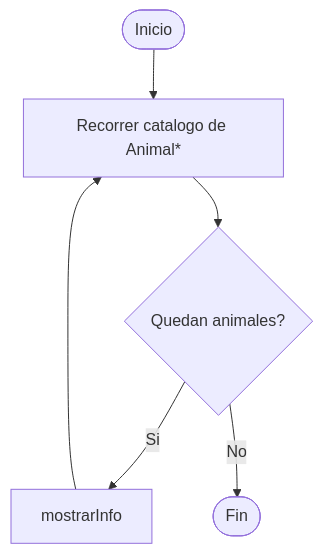
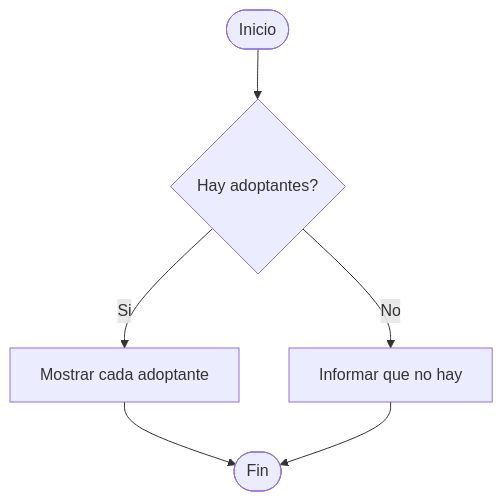
Diagram 13 of 15 in docs/diagramas.md (santiristorto/Proyecto-POO), drawn with Mermaid before and after one commit. The commit also changed other lines of this file and 13 other files, not shown here.

````diff
--- a/docs/diagramas.md
+++ b/docs/diagramas.md
@@ -158,8 +225,8 @@
 ```mermaid
 flowchart TD
-    A([Inicio]) --> B[Recorrer catalogo de Animal*]
-    B --> C{Quedan animales?}
-    C -->|Si| D[mostrarInfo]
-    D --> B
-    C -->|No| E([Fin])
+    A([Inicio]) --> B{Hay adoptantes?}
+    B -->|No| C[Informar que no hay]
+    B -->|Si| D[Mostrar cada adoptante]
+    D --> E([Fin])
+    C --> E
 ```
````
